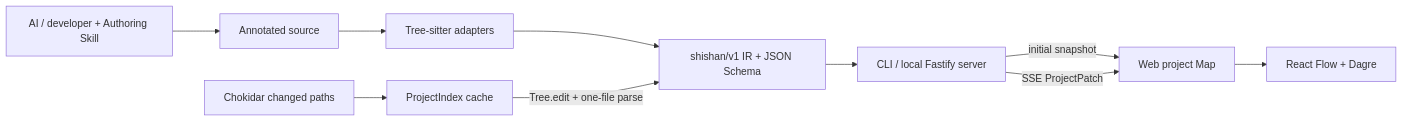
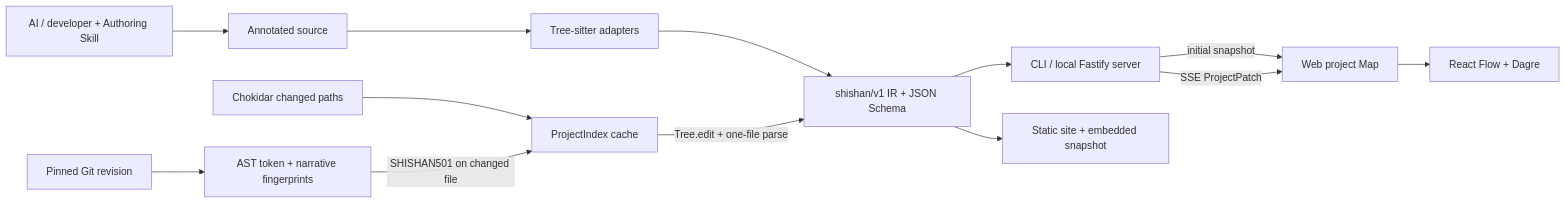
The diagram in README.md (zhyma/shishan), drawn with Mermaid before and after one commit. The commit also changed other lines of this file and 24 other files, not shown here.

````diff
--- a/README.md
+++ b/README.md
@@ -90,12 +106,15 @@
 ```mermaid
 flowchart LR
   A["AI / developer + Authoring Skill"] --> B["Annotated source"]
   B --> C["Tree-sitter adapters"]
   C --> D["shishan/v1 IR + JSON Schema"]
   D --> E["CLI / local Fastify server"]
   E -->|"initial snapshot"| F["Web project Map"]
   G["Chokidar changed paths"] --> H["ProjectIndex cache"]
   H -->|"Tree.edit + one-file parse"| D
   E -->|"SSE ProjectPatch"| F
   F --> I["React Flow + Dagre"]
+  J["Pinned Git revision"] --> K["AST token + narrative fingerprints"]
+  K -->|"SHISHAN501 on changed file"| H
+  D --> L["Static site + embedded snapshot"]
 ```
````
